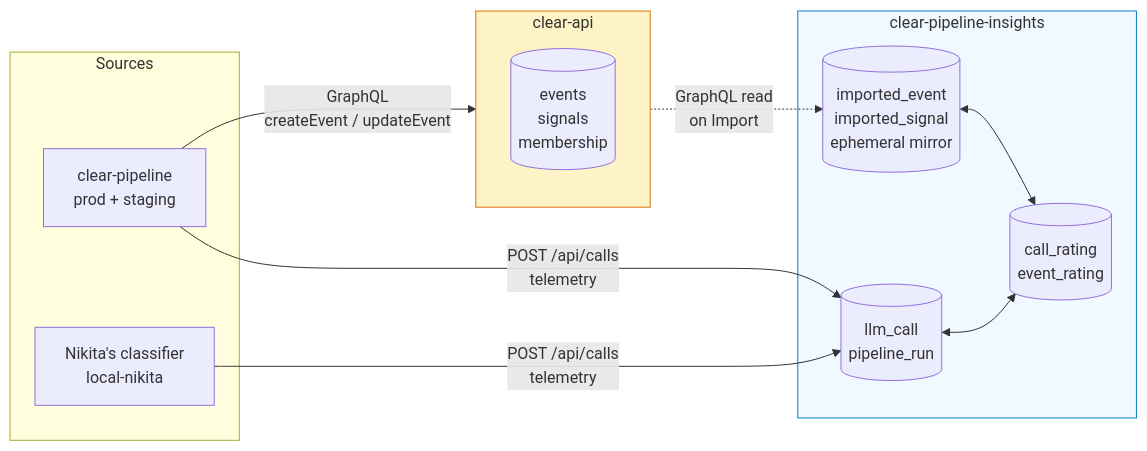
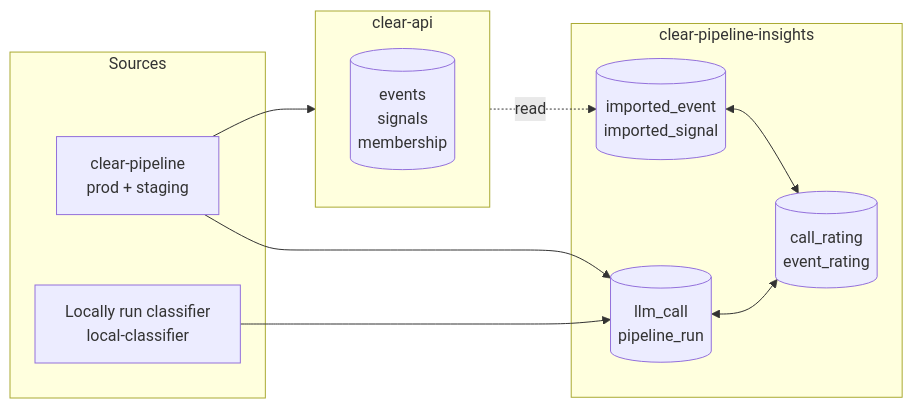
One commit to CLEAR-Initiative/clear-pipeline-insights changed the first of 3 diagrams in docs/review-strategy.md. Above: the diagram before and after it, drawn with Mermaid. The commit also changed other lines of this file, not shown here.

First line of the commit message:
docs: revise review strategy — reframe around pipeline step-functions, add clear-pipeline, rename to local-classifier

````diff
--- a/docs/review-strategy.md
+++ b/docs/review-strategy.md
@@ -28,28 +59,25 @@
 ```mermaid
 flowchart LR
     subgraph Sources
       PIPE["clear-pipeline<br/>prod + staging"]
-      NIK["Nikita's classifier<br/>local-nikita"]
+      NIK["Locally run classifier<br/>local-classifier"]
     end
 
     subgraph CA["clear-api"]
       CAE[("events<br/>signals<br/>membership")]
     end
 
     subgraph INS["clear-pipeline-insights"]
       LC[("llm_call<br/>pipeline_run")]
       CR[("call_rating<br/>event_rating")]
-      IE[("imported_event<br/>imported_signal<br/>ephemeral mirror")]
+      IE[("imported_event<br/>imported_signal")]
     end
 
-    PIPE -- "GraphQL<br/>createEvent / updateEvent" --> CA
-    PIPE -- "POST /api/calls<br/>telemetry" --> LC
-    NIK  -- "POST /api/calls<br/>telemetry" --> LC
+    PIPE --> CA
+    PIPE --> LC
+    NIK  --> LC
 
-    CA -. "GraphQL read<br/>on Import" .-> IE
+    CA -. read .-> IE
     LC <--> CR
     IE <--> CR
-
-    style INS fill:#f0f9ff,stroke:#0284c7
-    style CA fill:#fef3c7,stroke:#d97706
 ```
````
